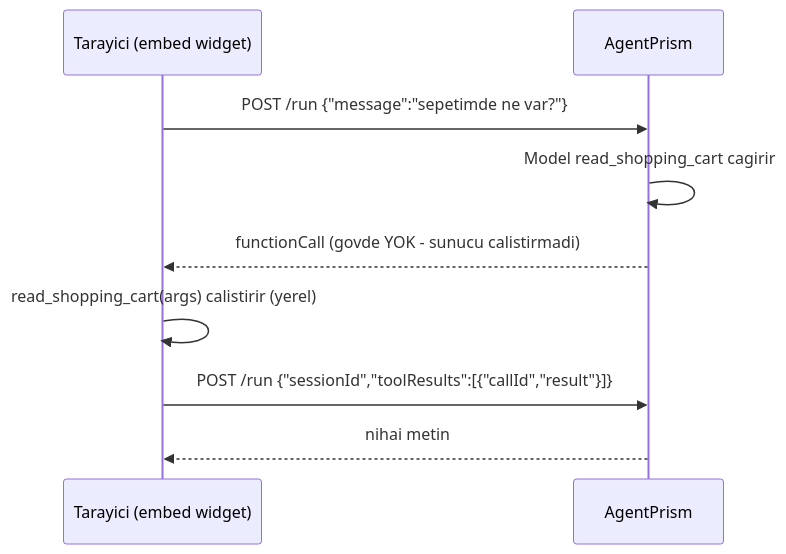
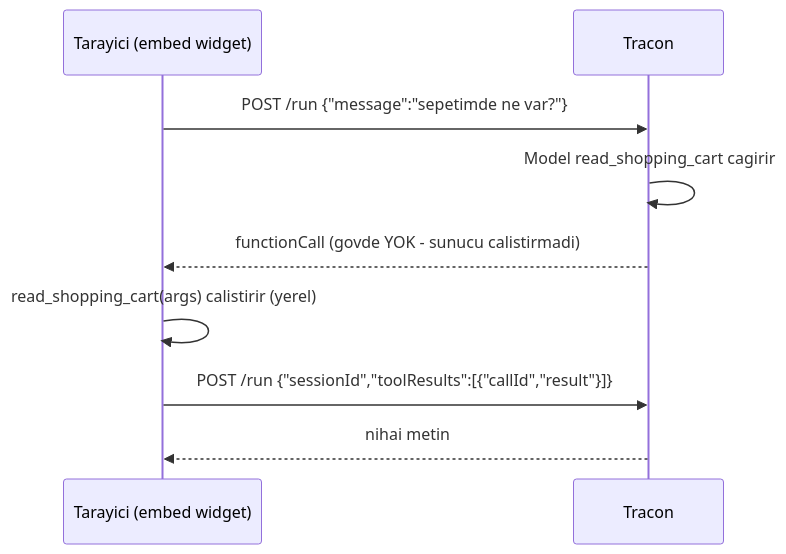
One commit to farukatasoy/Tracon changed the diagram in docs/manuel-test/26-ISTEMCI-TOOLLARI-VE-GOMULEBILIR.md. Above: the diagram before and after it, drawn with Mermaid. The commit also changed other lines of this file and 4535 other files, not shown here.

````diff
--- a/docs/manuel-test/26-ISTEMCI-TOOLLARI-VE-GOMULEBILIR.md
+++ b/docs/manuel-test/26-ISTEMCI-TOOLLARI-VE-GOMULEBILIR.md
@@ -26,12 +26,12 @@
 ```mermaid
 sequenceDiagram
     participant B as Tarayici (embed widget)
-    participant S as AgentPrism
+    participant S as Tracon
 
     B->>S: POST /run {"message":"sepetimde ne var?"}
     S->>S: Model read_shopping_cart cagirir
     S-->>B: functionCall (govde YOK - sunucu calistirmadi)
     B->>B: read_shopping_cart(args) calistirir (yerel)
     B->>S: POST /run {"sessionId","toolResults":[{"callId","result"}]}
     S-->>B: nihai metin
 ```
````
